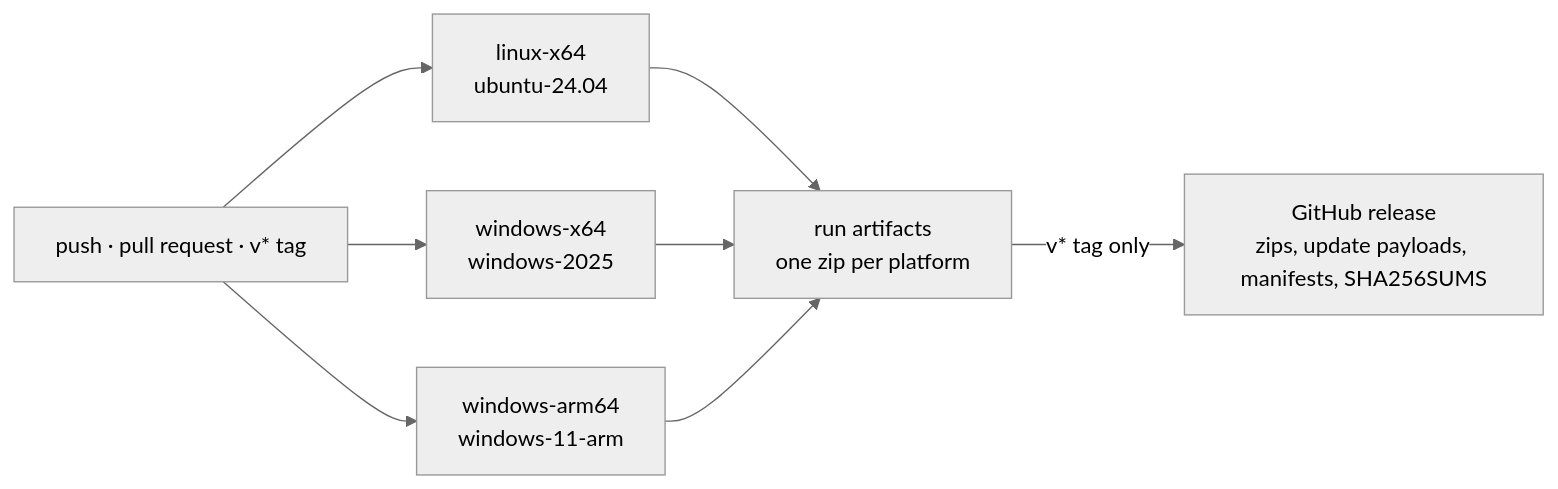
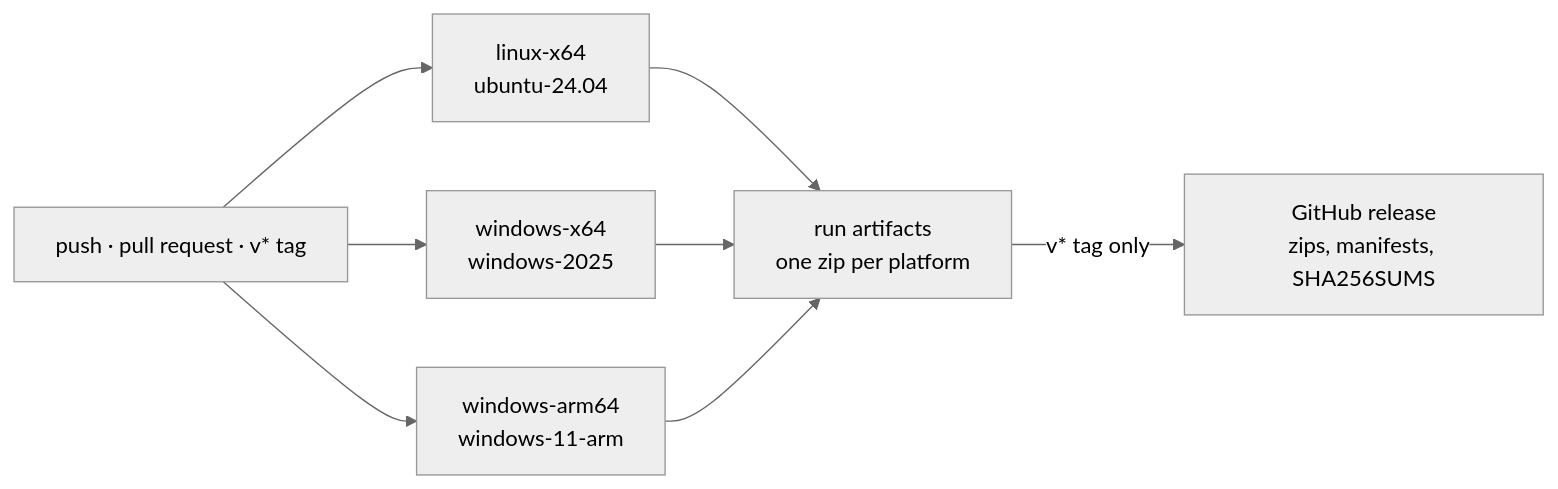
One commit to an-dr/dev-panel changed the diagram in docs/ci.md. Above: the diagram before and after it, drawn with Mermaid (neutral theme). The commit also changed other lines of this file and 11 other files, not shown here.

````diff
--- a/docs/ci.md
+++ b/docs/ci.md
@@ -5,10 +5,10 @@
 ```mermaid
 flowchart LR
     Push["push · pull request · v* tag"] --> L["linux-x64<br/>ubuntu-24.04"]
     Push --> W["windows-x64<br/>windows-2025"]
     Push --> A["windows-arm64<br/>windows-11-arm"]
     L --> Art["run artifacts<br/>one zip per platform"]
     W --> Art
     A --> Art
-    Art -->|v* tag only| Rel["GitHub release<br/>zips, update payloads, manifests, SHA256SUMS"]
+    Art -->|v* tag only| Rel["GitHub release<br/>zips, manifests, SHA256SUMS"]
 ```
````
